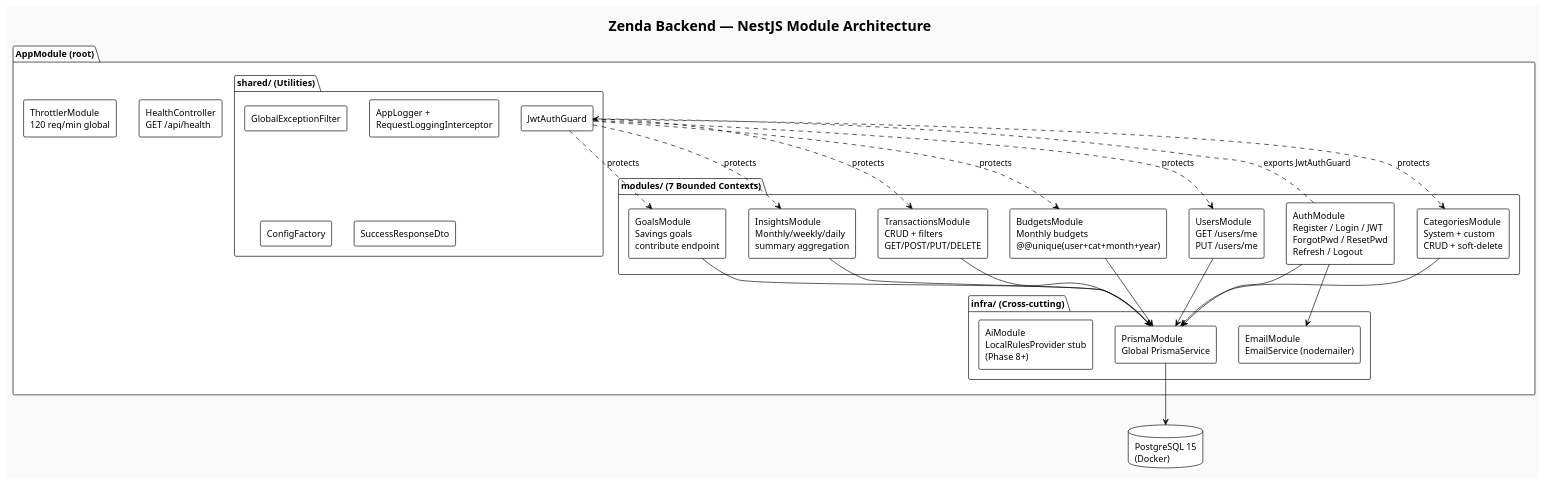
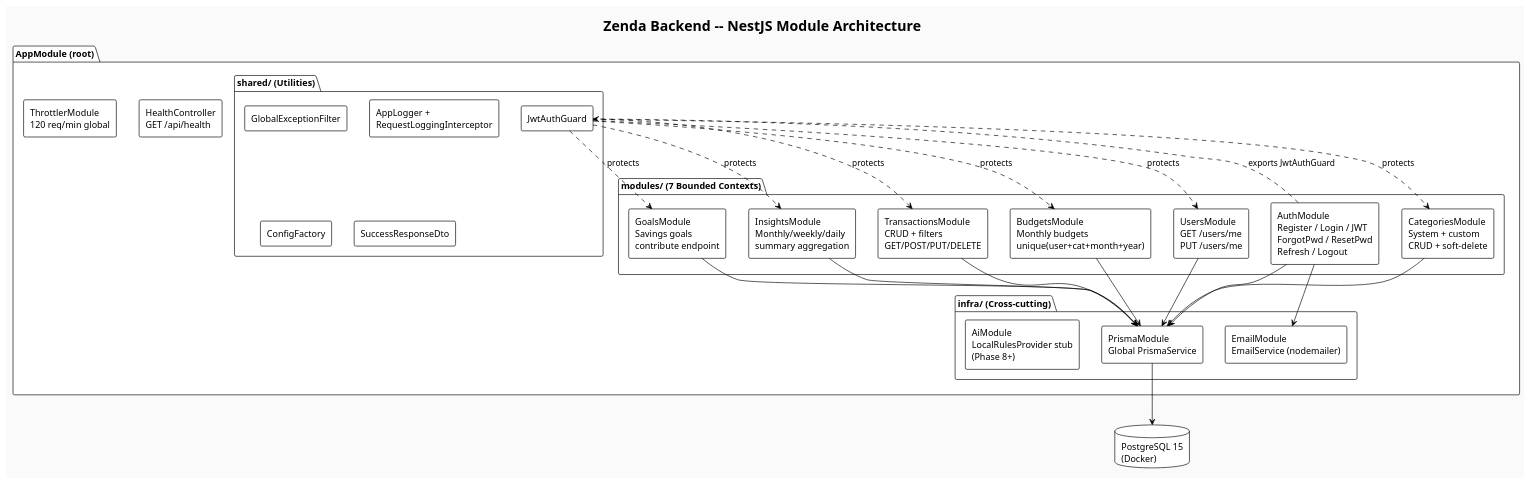
Before and after one commit to Tesis-2026/zenda_monorepo_app: the second of 7 diagrams in docs/architecture.puml, drawn with PlantUML. The commit also changed other lines of this file, not shown here.

First line of the commit message:
fix(docs): correct PlantUML syntax errors in architecture.puml

```diff
--- a/docs/architecture.puml
+++ b/docs/architecture.puml
@@ -40,58 +42,58 @@
 @startuml ZendaBackendModules
 !theme plain
 skinparam backgroundColor #FAFAFA
 skinparam componentStyle rectangle
 
-title Zenda Backend — NestJS Module Architecture
+title Zenda Backend -- NestJS Module Architecture
 
 package "AppModule (root)" {
 
   package "infra/ (Cross-cutting)" {
     [PrismaModule\nGlobal PrismaService] as Prisma
     [EmailModule\nEmailService (nodemailer)] as MailMod
     [AiModule\nLocalRulesProvider stub\n(Phase 8+)] as AiMod
   }
 
   package "shared/ (Utilities)" {
     [GlobalExceptionFilter] as Filter
     [JwtAuthGuard] as Guard
     [AppLogger +\nRequestLoggingInterceptor] as Logger
     [ConfigFactory] as Config
     [SuccessResponseDto] as RespDto
   }
 
   package "modules/ (7 Bounded Contexts)" {
     [AuthModule\nRegister / Login / JWT\nForgotPwd / ResetPwd\nRefresh / Logout] as Auth
     [UsersModule\nGET /users/me\nPUT /users/me] as Users
     [TransactionsModule\nCRUD + filters\nGET/POST/PUT/DELETE] as Tx
     [CategoriesModule\nSystem + custom\nCRUD + soft-delete] as Cat
-    [BudgetsModule\nMonthly budgets\n@@unique(user+cat+month+year)] as Budgets
+    [BudgetsModule\nMonthly budgets\nunique(user+cat+month+year)] as Budgets
     [GoalsModule\nSavings goals\ncontribute endpoint] as Goals
     [InsightsModule\nMonthly/weekly/daily\nsummary aggregation] as Insights
   }
 
   [HealthController\nGET /api/health] as Health
   [ThrottlerModule\n120 req/min global] as Throttler
 }
 
 database "PostgreSQL 15\n(Docker)" as DB
 
 Auth --> Prisma
 Auth --> MailMod
 Users --> Prisma
 Tx --> Prisma
 Cat --> Prisma
 Budgets --> Prisma
 Goals --> Prisma
 Insights --> Prisma
 Prisma --> DB
 
 Auth ..> Guard : exports JwtAuthGuard
 Guard ..> Users : protects
 Guard ..> Tx : protects
 Guard ..> Cat : protects
 Guard ..> Budgets : protects
 Guard ..> Goals : protects
 Guard ..> Insights : protects
 
 @enduml
```
